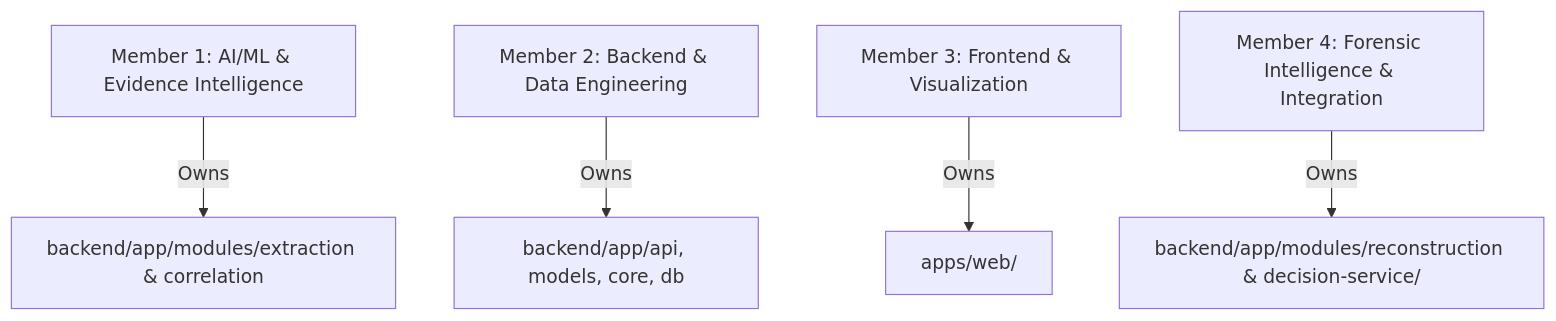
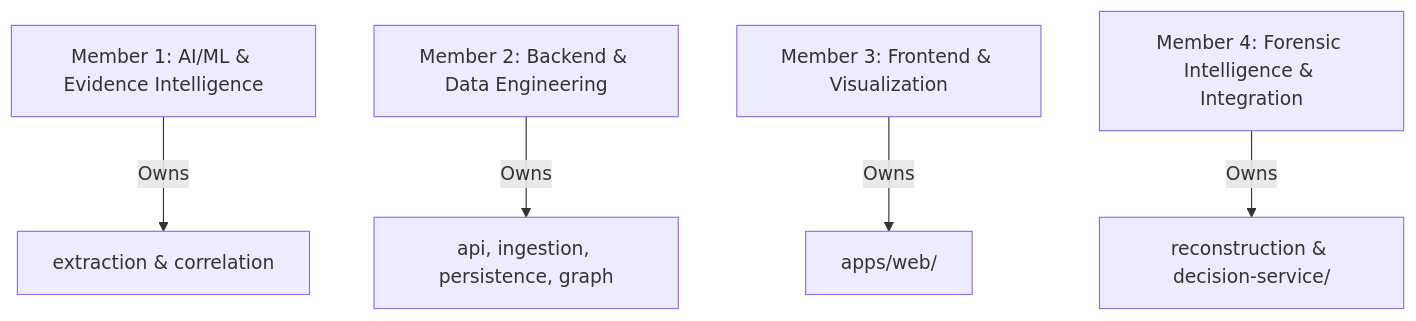
One commit to NotKrish019/SutramPrototype changed the diagram in docs/development/team-onboarding.md. Above: the diagram before and after it, drawn with Mermaid. The commit also changed other lines of this file and 10 other files, not shown here.

````diff
--- a/docs/development/team-onboarding.md
+++ b/docs/development/team-onboarding.md
@@ -9,7 +9,7 @@
 ```mermaid
 graph TD
-    M1["Member 1: AI/ML & Evidence Intelligence"] -->|Owns| MOD1["backend/app/modules/extraction & correlation"]
-    M2["Member 2: Backend & Data Engineering"] -->|Owns| MOD2["backend/app/api, models, core, db"]
+    M1["Member 1: AI/ML & Evidence Intelligence"] -->|Owns| MOD1["extraction & correlation"]
+    M2["Member 2: Backend & Data Engineering"] -->|Owns| MOD2["api, ingestion, persistence, graph"]
     M3["Member 3: Frontend & Visualization"] -->|Owns| MOD3["apps/web/"]
-    M4["Member 4: Forensic Intelligence & Integration"] -->|Owns| MOD4["backend/app/modules/reconstruction & decision-service/"]
+    M4["Member 4: Forensic Intelligence & Integration"] -->|Owns| MOD4["reconstruction & decision-service/"]
 ```
````
